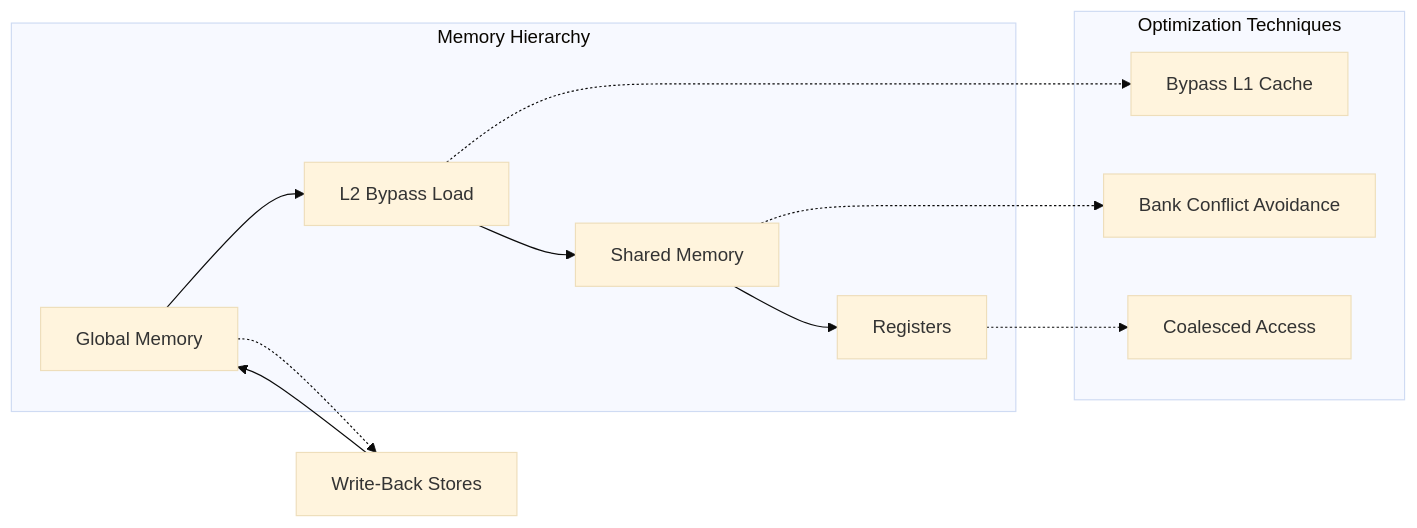
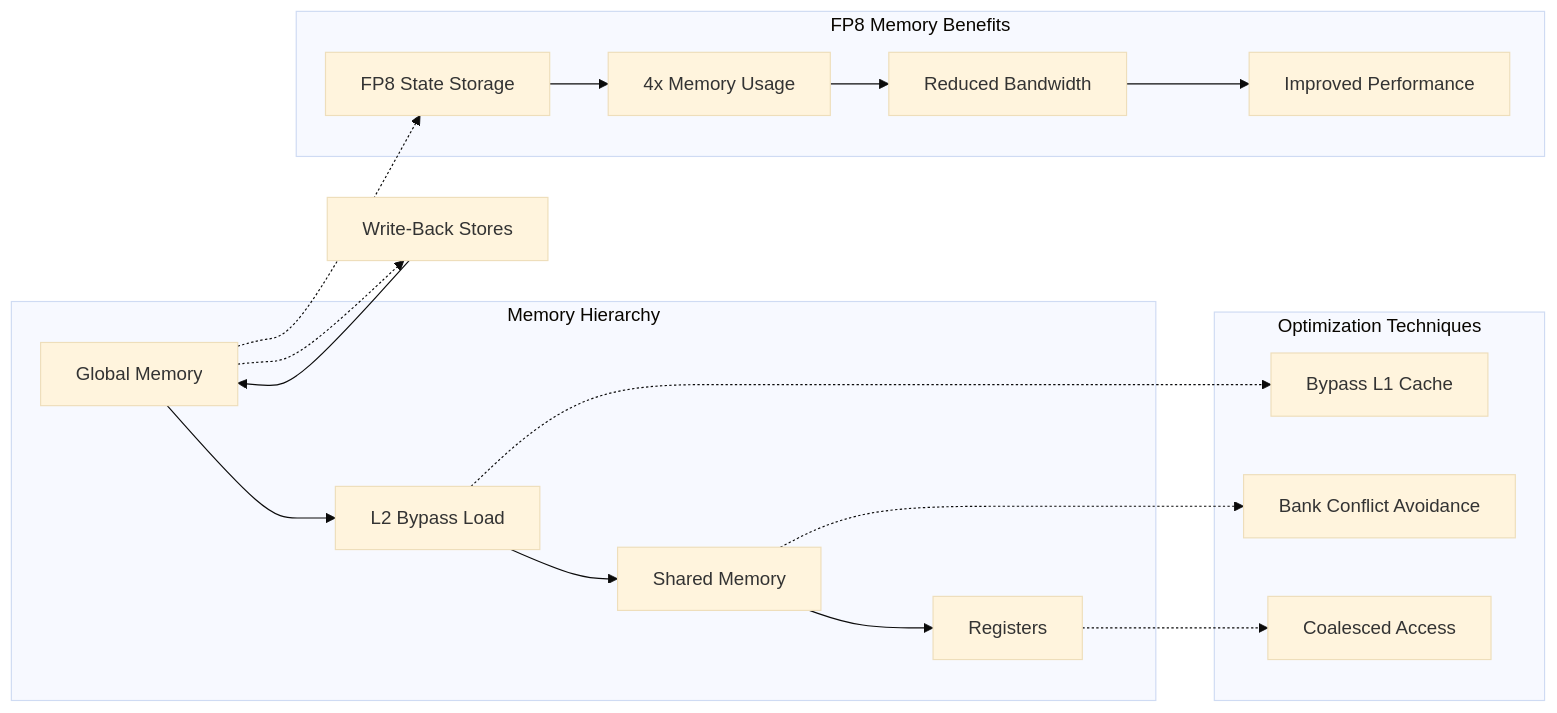
Before and after one commit to gugudeshubao/flashinfer-bench-tma-thrust: the seventh of 12 diagrams in .qoder/repowiki/en/content/Core Kernels/PTX Inline Assembly Kernel Framework.md, drawn with Mermaid (base theme). The commit also changed other lines of this file and 7 other files, not shown here.

````diff
--- a/.qoder/repowiki/en/content/Core Kernels/PTX Inline Assembly Kernel Framework.md
+++ b/.qoder/repowiki/en/content/Core Kernels/PTX Inline Assembly Kernel Framework.md
@@ -209,15 +257,21 @@
 ```mermaid
 graph LR
 subgraph "Memory Hierarchy"
 Global[Global Memory] --> NC[L2 Bypass Load]
 NC --> SMEM[Shared Memory]
 SMEM --> Registers[Registers]
 end
 subgraph "Optimization Techniques"
 NC -.-> Bypass[Bypass L1 Cache]
 SMEM -.-> BankConflict[Bank Conflict Avoidance]
 Registers -.-> Coalesced[Coalesced Access]
 end
 Global -.-> WB[Write-Back Stores]
 WB --> Global
+subgraph "FP8 Memory Benefits"
+FP8[FP8 State Storage] --> Compressed[4x Memory Usage]
+Compressed --> Bandwidth[Reduced Bandwidth]
+Bandwidth --> Performance[Improved Performance]
+end
+Global -.-> FP8
 ```
````
